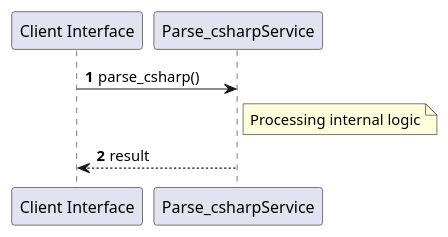
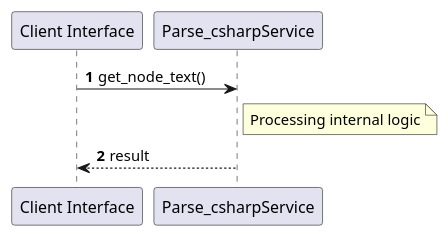
One commit to lgcorzo/rust_CACD_autonomous_factory changed the second of 2 diagrams in openwiki/parse_csharp.md. Above: the diagram before and after it, drawn with PlantUML. The commit also changed other lines of this file and 100 other files, not shown here.

````diff
--- a/openwiki/parse_csharp.md
+++ b/openwiki/parse_csharp.md
@@ -58,11 +61,11 @@
 ```plantuml
 @startuml
 autonumber
 participant "Client Interface" as Caller
 participant "Parse_csharpService" as Svc
-Caller -> Svc: parse_csharp()
+Caller -> Svc: get_node_text()
 note right of Svc: Processing internal logic
 Svc --> Caller: result
 @enduml
 
 ```
````
